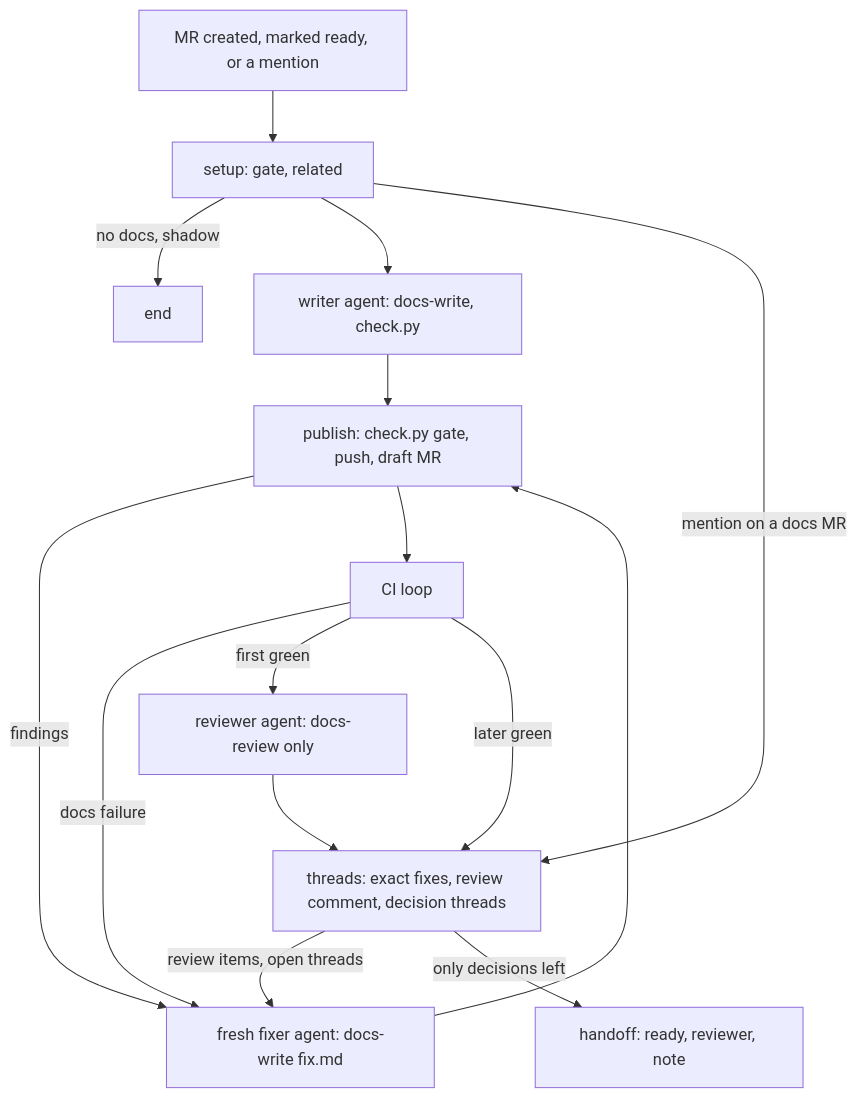
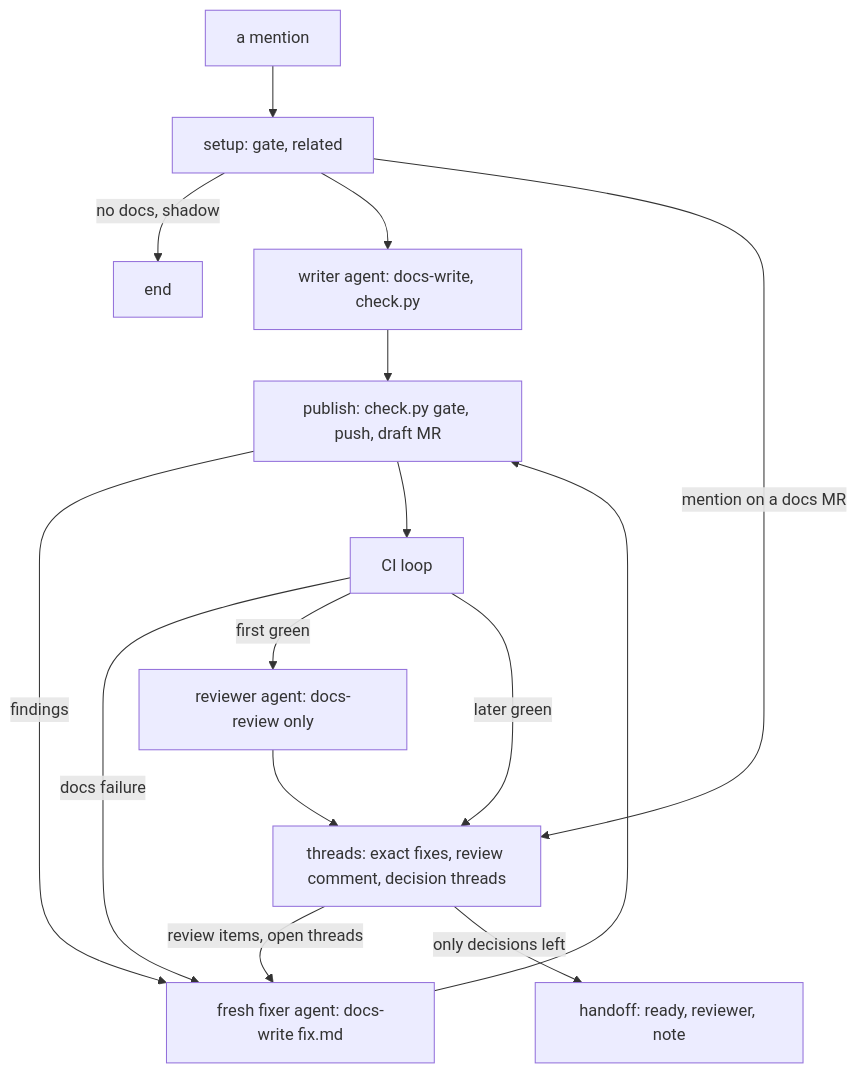
One commit to gitlabhq/orbit-knowledge-graph changed the diagram in .gitlab/duo/catalog/flows/README.md. Above: the diagram before and after it, drawn with Mermaid. The commit also changed other lines of this file and 1 other file, not shown here.

Commit message:
docs(duo): describe full mode and the mention-only trigger, and keep .docs-write out of commits

````diff
--- a/.gitlab/duo/catalog/flows/README.md
+++ b/.gitlab/duo/catalog/flows/README.md
@@ -64,17 +64,17 @@
 ```mermaid
 flowchart TD
-  T[MR created, marked ready, or a mention] --> S[setup: gate, related]
+  T[a mention] --> S[setup: gate, related]
   S -->|no docs, shadow| E[end]
   S --> W[writer agent: docs-write, check.py]
   S -->|mention on a docs MR| TH
   W --> P[publish: check.py gate, push, draft MR]
   P -->|findings| F[fresh fixer agent: docs-write fix.md]
   F --> P
   P --> C[CI loop]
   C -->|docs failure| F
   C -->|first green| R[reviewer agent: docs-review only]
   R --> TH[threads: exact fixes, review comment, decision threads]
   C -->|later green| TH
   TH -->|review items, open threads| F
   TH -->|only decisions left| H[handoff: ready, reviewer, note]
 ```
````
